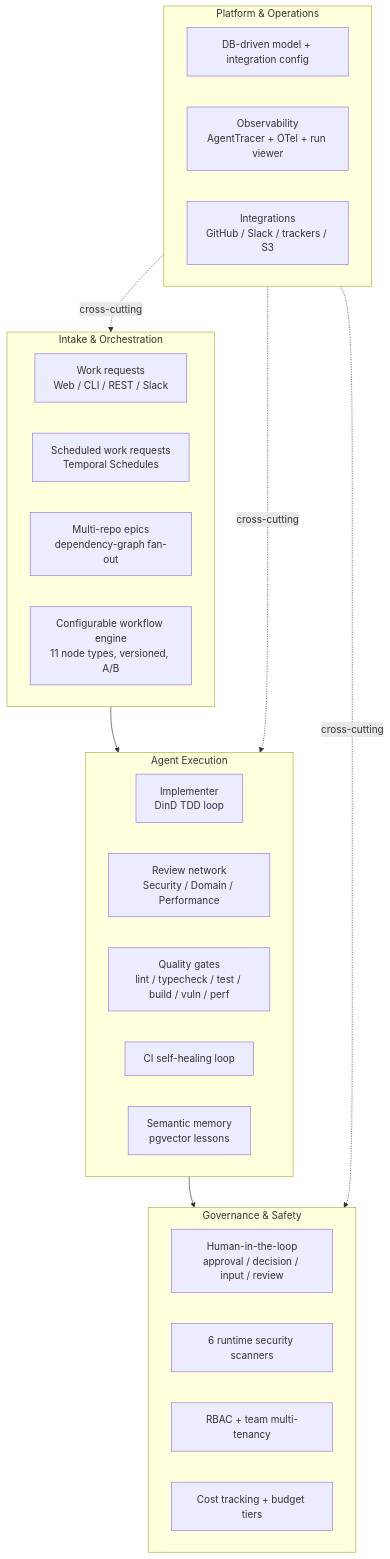
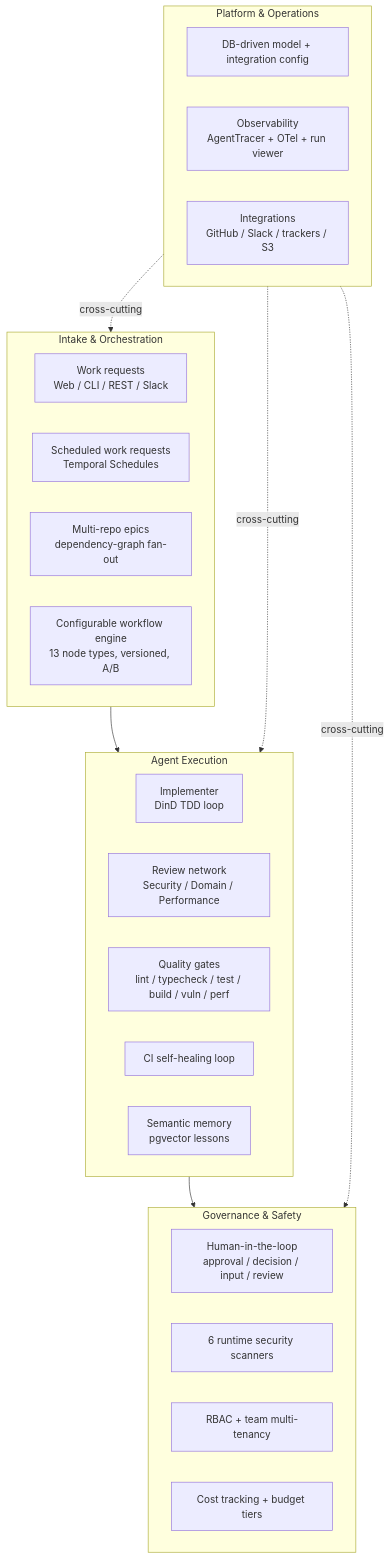
Before and after one commit to yorch/auto-swe: the first of 2 diagrams in docs/product-overview.md, drawn with Mermaid. The commit also changed other lines of this file and 187 other files, not shown here.

````diff
--- a/docs/product-overview.md
+++ b/docs/product-overview.md
@@ -45,35 +45,35 @@
 ```mermaid
 flowchart TB
     subgraph Intake["Intake & Orchestration"]
         WR[Work requests\nWeb / CLI / REST / Slack]
         SCHED[Scheduled work requests\nTemporal Schedules]
         EPIC[Multi-repo epics\ndependency-graph fan-out]
-        WF[Configurable workflow engine\n11 node types, versioned, A/B]
+        WF[Configurable workflow engine\n13 node types, versioned, A/B]
     end
 
     subgraph Agents["Agent Execution"]
         IMPL[Implementer\nDinD TDD loop]
         REVNET[Review network\nSecurity / Domain / Performance]
         GATES[Quality gates\nlint / typecheck / test / build / vuln / perf]
         CIHEAL[CI self-healing loop]
         MEM[Semantic memory\npgvector lessons]
     end
 
     subgraph Governance["Governance & Safety"]
         HITL[Human-in-the-loop\napproval / decision / input / review]
         SCAN[6 runtime security scanners]
         RBAC[RBAC + team multi-tenancy]
         COST[Cost tracking + budget tiers]
     end
 
     subgraph Platform["Platform & Operations"]
         CONFIG[DB-driven model + integration config]
         OBS[Observability\nAgentTracer + OTel + run viewer]
         INTEG[Integrations\nGitHub / Slack / trackers / S3]
     end
 
     Intake --> Agents --> Governance
     Platform -.cross-cutting.-> Intake
     Platform -.cross-cutting.-> Agents
     Platform -.cross-cutting.-> Governance
 ```
````
